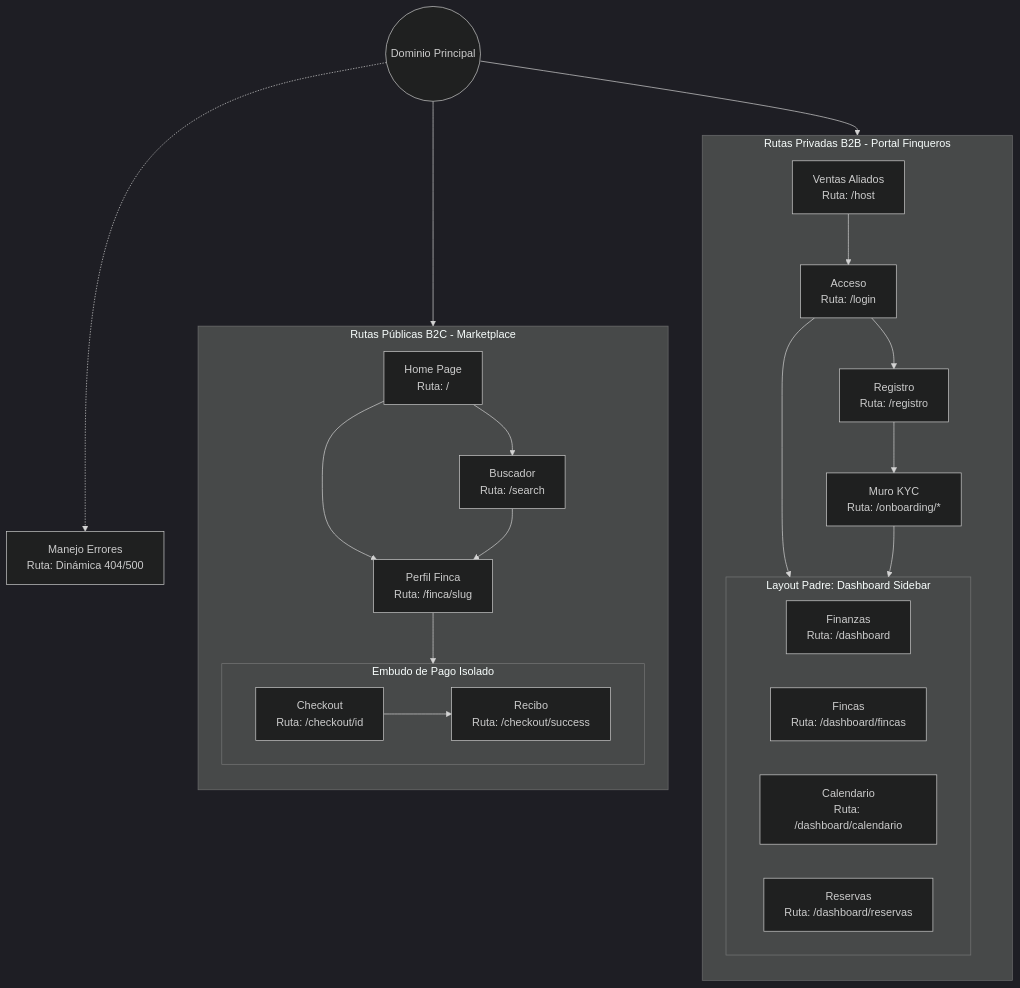
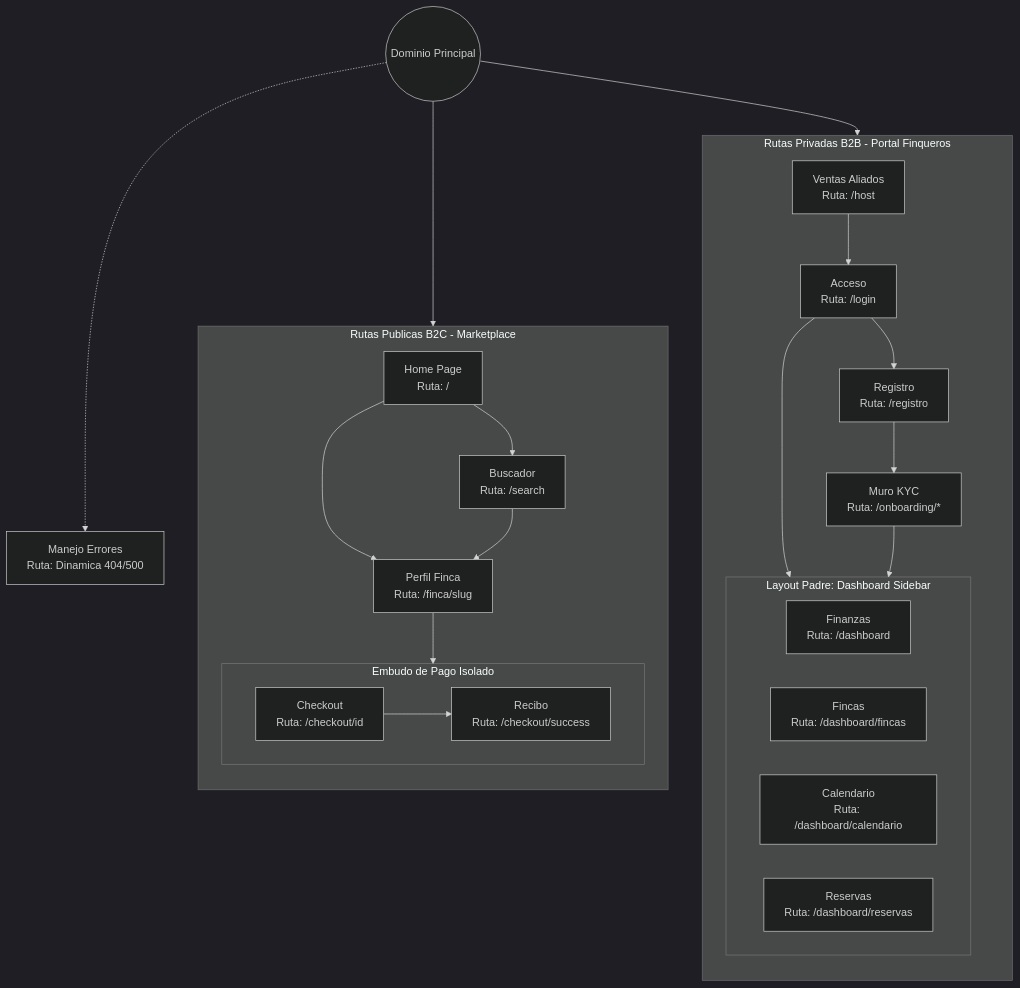
Before and after one commit to camilolayos54-dotcom/NosFuimosdeFinca: the diagram in docs/04-system-modeling/03.Wireframes/0.All_Pages_Index_MAP.md, drawn with Mermaid (dark theme). The commit also changed other lines of this file and 62 other files, not shown here.

````diff
--- a/docs/04-system-modeling/03.Wireframes/0.All_Pages_Index_MAP.md
+++ b/docs/04-system-modeling/03.Wireframes/0.All_Pages_Index_MAP.md
@@ -16,54 +16,54 @@
 ```mermaid
 flowchart TD
-    %% Raíz de la Aplicación
+    %% Raiz de la Aplicacion
     Root((Dominio Principal))
     
     %% Ecosistema B2C
-    subgraph B2C [Rutas Públicas B2C - Marketplace]
+    subgraph B2C [Rutas Publicas B2C - Marketplace]
         direction TB
         Home[Home Page<br>Ruta: /]
         Search[Buscador<br>Ruta: /search]
         Finca[Perfil Finca<br>Ruta: /finca/slug]
         
         subgraph Embudo [Embudo de Pago Isolado]
             Checkout[Checkout<br>Ruta: /checkout/id]
             Success[Recibo<br>Ruta: /checkout/success]
             Checkout --> Success
         end
         
         Home --> Search
         Home --> Finca
         Search --> Finca
         Finca --> Embudo
     end
     
     %% Ecosistema B2B
     subgraph B2B [Rutas Privadas B2B - Portal Finqueros]
         direction TB
         HostLanding[Ventas Aliados<br>Ruta: /host]
         Login[Acceso<br>Ruta: /login]
         Registro[Registro<br>Ruta: /registro]
         Onboarding[Muro KYC<br>Ruta: /onboarding/*]
         
         subgraph DashboardLayout [Layout Padre: Dashboard Sidebar]
             direction LR
             DashHome[Finanzas<br>Ruta: /dashboard]
             DashFincas[Fincas<br>Ruta: /dashboard/fincas]
             DashCal[Calendario<br>Ruta: /dashboard/calendario]
             DashRes[Reservas<br>Ruta: /dashboard/reservas]
         end
         
         HostLanding --> Login
         Login --> Registro
         Registro --> Onboarding
         Login --> DashboardLayout
         Onboarding --> DashboardLayout
     end
     
     Root --> B2C
     Root --> B2B
     
     %% Manejador Global
-    Error[Manejo Errores<br>Ruta: Dinámica 404/500]
+    Error[Manejo Errores<br>Ruta: Dinamica 404/500]
     Root -.-> Error
 ```
````
